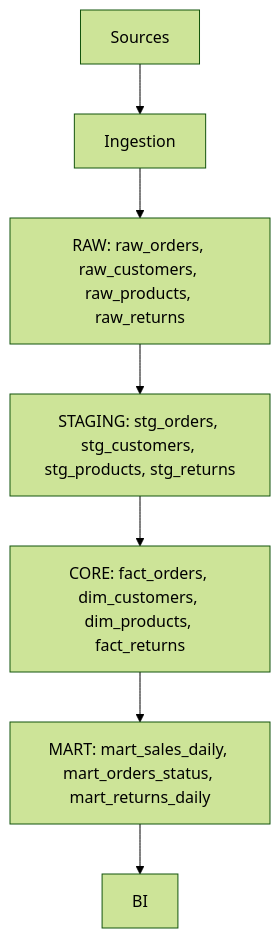
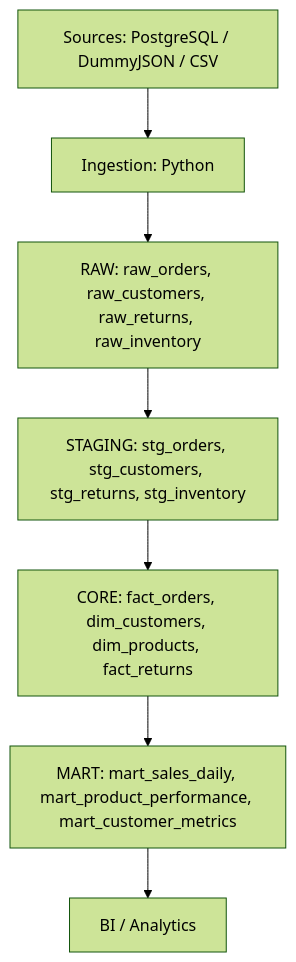
One commit to linzaiq-afk/dataops changed the diagram in docs/architecture.md. Above: the diagram before and after it, drawn with Mermaid (forest theme). The commit also changed other lines of this file and 6 other files, not shown here.

Commit message:
docs: describe labs 2-4, architecture and defense notes

````diff
--- a/docs/architecture.md
+++ b/docs/architecture.md
@@ -1,9 +5,9 @@
 ```mermaid
 flowchart TD
-    A["Sources"] --> B["Ingestion"]
-    B --> C["RAW: raw_orders, raw_customers, raw_products, raw_returns"]
-    C --> D["STAGING: stg_orders, stg_customers, stg_products, stg_returns"]
+    A["Sources: PostgreSQL / DummyJSON / CSV"] --> B["Ingestion: Python"]
+    B --> C["RAW: raw_orders, raw_customers, raw_returns, raw_inventory"]
+    C --> D["STAGING: stg_orders, stg_customers, stg_returns, stg_inventory"]
     D --> E["CORE: fact_orders, dim_customers, dim_products, fact_returns"]
-    E --> F["MART: mart_sales_daily, mart_orders_status, mart_returns_daily"]
-    F --> G["BI"]
+    E --> F["MART: mart_sales_daily, mart_product_performance, mart_customer_metrics"]
+    F --> G["BI / Analytics"]
 ```
````
